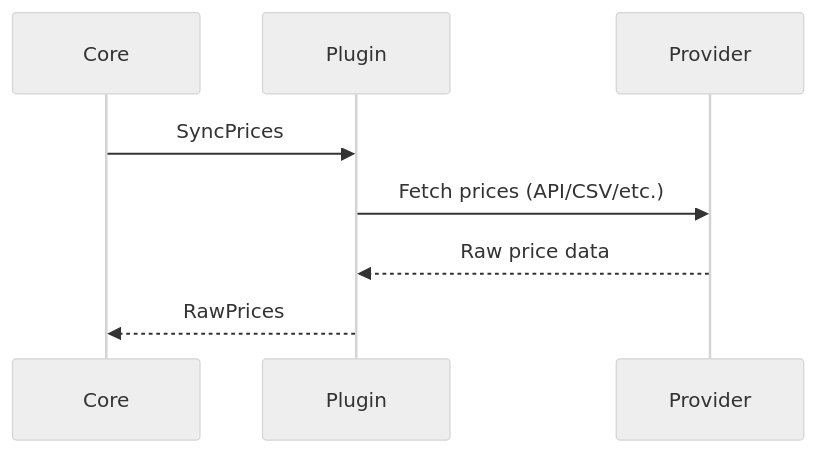
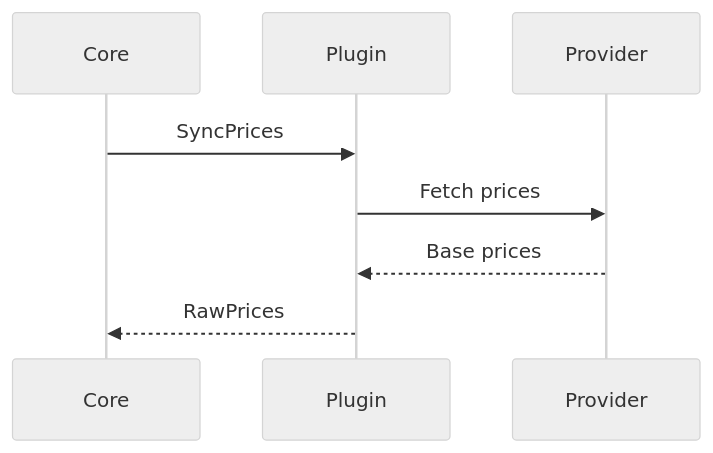
Before and after one commit to tofi2k/doc: the fifth of 6 diagrams in architecture/arc42.md, drawn with Mermaid (neutral theme). The commit also changed other lines of this file and 1 other file, not shown here.

````diff
--- a/architecture/arc42.md
+++ b/architecture/arc42.md
@@ -209,11 +188,11 @@
 ```mermaid
 sequenceDiagram
     participant Core
     participant Plugin
     participant Provider
 
     Core->>Plugin: SyncPrices
-    Plugin->>Provider: Fetch prices (API/CSV/etc.)
-    Provider-->>Plugin: Raw price data
+    Plugin->>Provider: Fetch prices
+    Provider-->>Plugin: Base prices
     Plugin-->>Core: RawPrices
 ```
````
